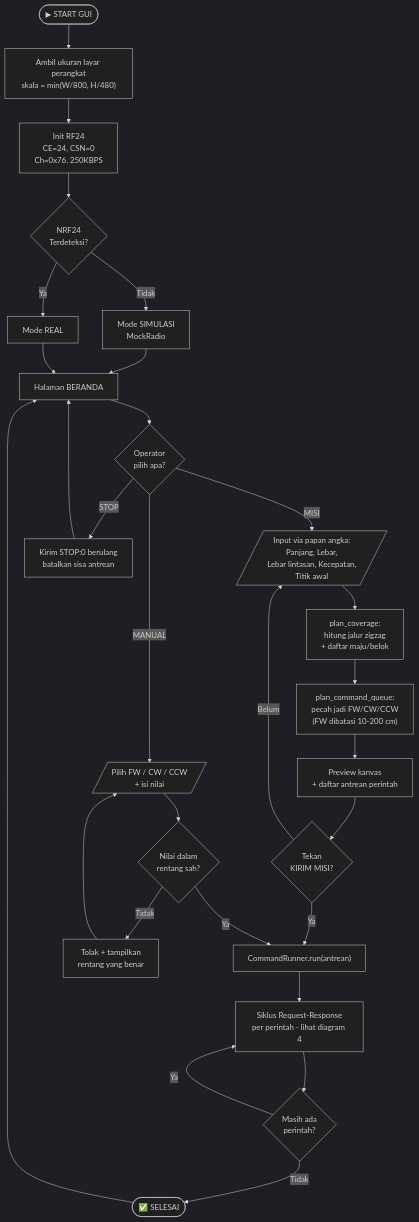
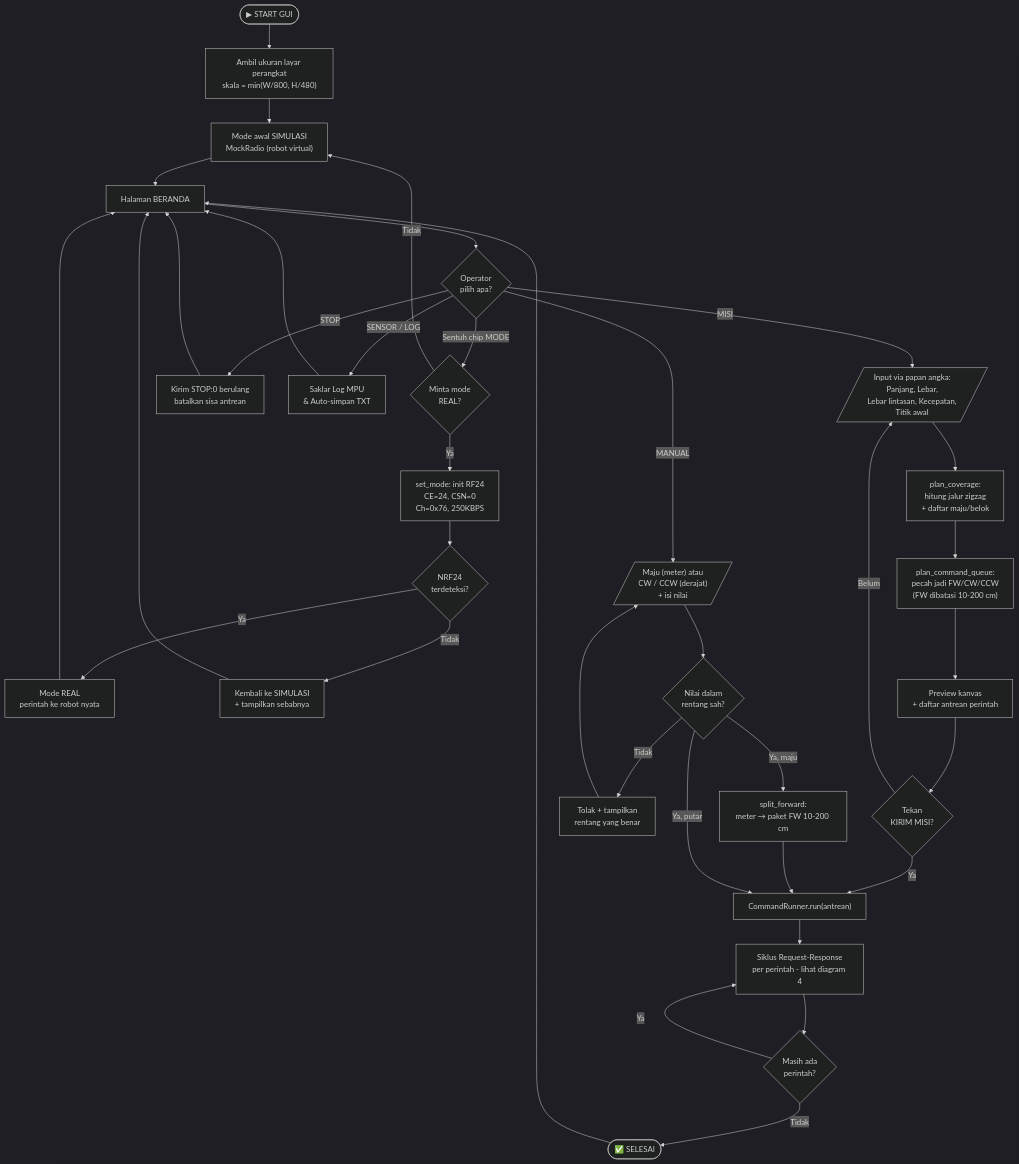
Before and after one commit to Xhorn7/Skripsi-PENGEMBANGAN-ROBOT-AKUATIK-UNTUK-FEEDER-OTOMATIS-DI-TAMBAK: the second of 9 diagrams in flowchart.md, drawn with Mermaid (dark theme). The commit also changed other lines of this file and 24 other files, not shown here.

````diff
--- a/flowchart.md
+++ b/flowchart.md
@@ -43,35 +44,45 @@
 ```mermaid
 flowchart TD
     START([▶ START GUI]) --> SCR["Ambil ukuran layar perangkat<br/>skala = min(W/800, H/480)"]
-    SCR --> INIT["Init RF24<br/>CE=24, CSN=0<br/>Ch=0x76, 250KBPS"]
-    INIT --> DET{NRF24<br/>Terdeteksi?}
-    DET -- Tidak --> SIM[Mode SIMULASI<br/>MockRadio]
-    DET -- Ya --> REAL[Mode REAL]
-    SIM --> HOME
-    REAL --> HOME[Halaman BERANDA]
+    SCR --> SIM["Mode awal SIMULASI<br/>MockRadio (robot virtual)"]
+    SIM --> HOME[Halaman BERANDA]
 
     HOME --> PICK{Operator<br/>pilih apa?}
+
+    PICK -- "Sentuh chip MODE" --> MODE{Minta mode<br/>REAL?}
+    MODE -- Ya --> TRY["set_mode: init RF24<br/>CE=24, CSN=0<br/>Ch=0x76, 250KBPS"]
+    TRY --> OK{NRF24<br/>terdeteksi?}
+    OK -- Ya --> REAL[Mode REAL<br/>perintah ke robot nyata]
+    OK -- Tidak --> BACK["Kembali ke SIMULASI<br/>+ tampilkan sebabnya"]
+    MODE -- Tidak --> SIM
+    REAL --> HOME
+    BACK --> HOME
 
     PICK -- MISI --> INPUT[/"Input via papan angka:<br/>Panjang, Lebar,<br/>Lebar lintasan, Kecepatan,<br/>Titik awal"/]
     INPUT --> PLAN["plan_coverage:<br/>hitung jalur zigzag<br/>+ daftar maju/belok"]
     PLAN --> QUEUE["plan_command_queue:<br/>pecah jadi FW/CW/CCW<br/>(FW dibatasi 10-200 cm)"]
     QUEUE --> PREVIEW[Preview kanvas<br/>+ daftar antrean perintah]
     PREVIEW --> SENDBTN{Tekan<br/>KIRIM MISI?}
     SENDBTN -- Belum --> INPUT
     SENDBTN -- Ya --> RUN
 
-    PICK -- MANUAL --> MAN[/"Pilih FW / CW / CCW<br/>+ isi nilai"/]
+    PICK -- MANUAL --> MAN[/"Maju (meter) atau<br/>CW / CCW (derajat)<br/>+ isi nilai"/]
     MAN --> VAL{Nilai dalam<br/>rentang sah?}
     VAL -- Tidak --> REJECT[Tolak + tampilkan<br/>rentang yang benar]
     REJECT --> MAN
-    VAL -- Ya --> RUN
+    VAL -- "Ya, maju" --> SPLITM["split_forward:<br/>meter → paket FW 10-200 cm"]
+    SPLITM --> RUN
+    VAL -- "Ya, putar" --> RUN
 
     RUN["CommandRunner.run(antrean)"] --> CYCLE[Siklus Request-Response<br/>per perintah - lihat diagram 4]
     CYCLE --> NEXT{Masih ada<br/>perintah?}
     NEXT -- Ya --> CYCLE
     NEXT -- Tidak --> DONE([✅ SELESAI])
     DONE --> HOME
 
     PICK -- STOP --> SSTOP["Kirim STOP:0 berulang<br/>batalkan sisa antrean"]
     SSTOP --> HOME
+
+    PICK -- "SENSOR / LOG" --> TOG["Saklar Log MPU<br/>& Auto-simpan TXT"]
+    TOG --> HOME
 ```
````
